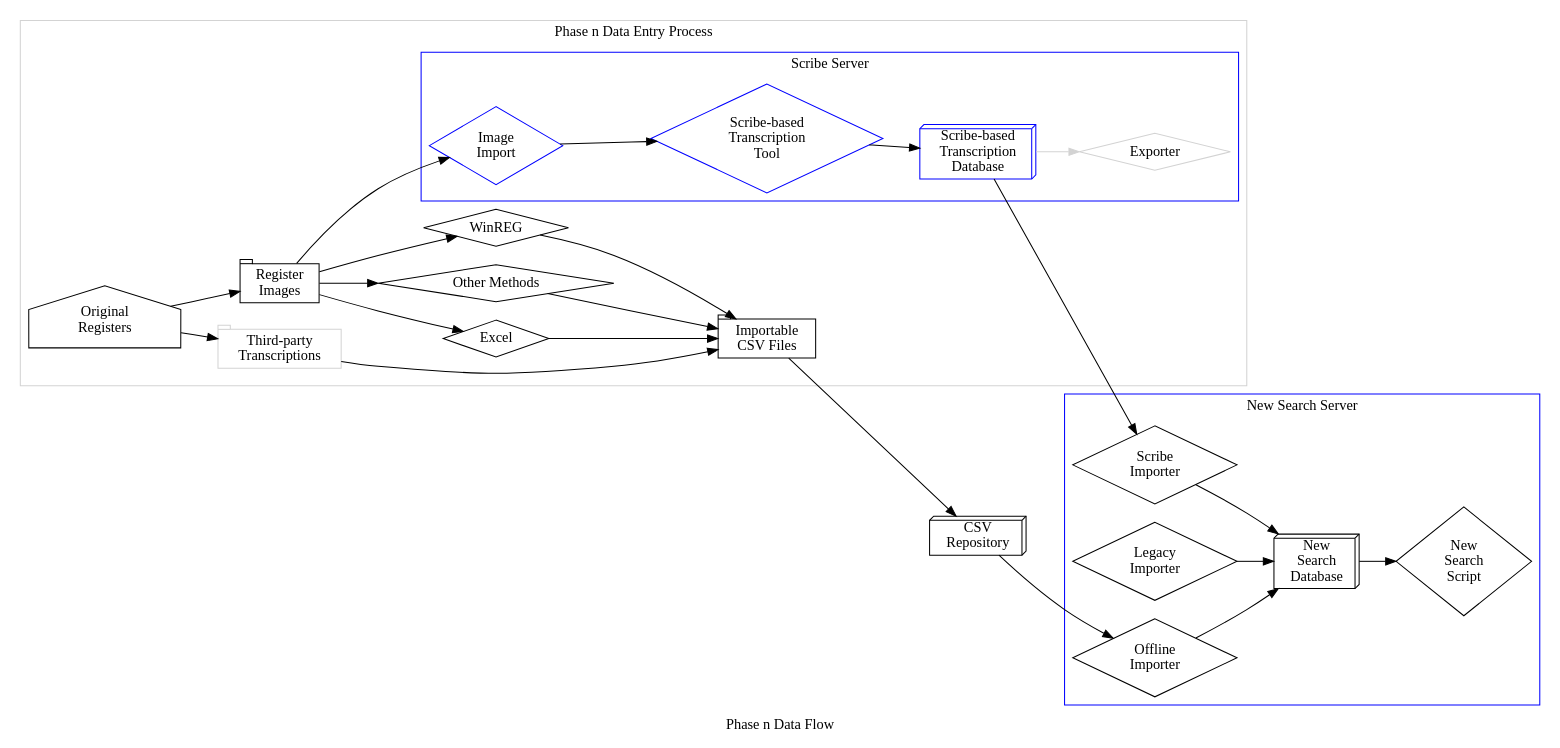
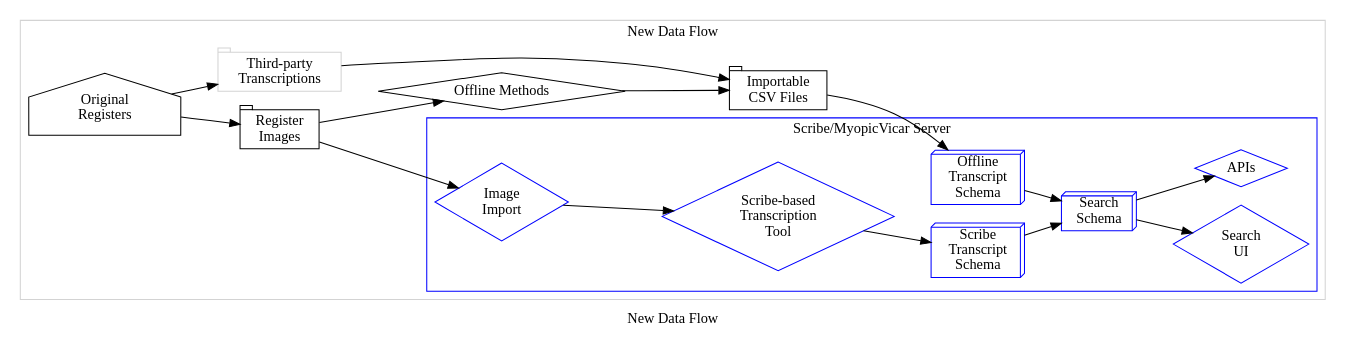
Before and after one commit to FreeUKGen/MyopicVicar: the diagram in doc/design/data_flow/approach/phase3.dot, drawn with Graphviz. The commit also changed 3 other files, not shown here.

Commit message:
Revised diagrams

```diff
--- a/doc/design/data_flow/approach/phase3.dot
+++ b/doc/design/data_flow/approach/phase3.dot
@@ -1,81 +1,53 @@
 digraph G {
-	label="Phase n Data Flow";
+	label="New Data Flow";
 
 	rankdir="LR";
 	subgraph cluster_2 {
 #		style=filled;
 		color=lightgrey;
 #		node [style=filled,color=white];
 
 		registers [label="Original\nRegisters",shape="house"];
 		externaltranscripts [label="Third-party\nTranscriptions",shape="tab",color=lightgrey];
 		registers->externaltranscripts;
 		images [label="Register\nImages",shape="tab"];
 		registers->images;		
 		
-		awinreg [label="WinREG",shape="diamond"];
-		excel [label="Excel",shape="diamond"];
-		other [label="Other Methods",shape="diamond"];
-		images -> awinreg;
-		images -> excel;
+		other [label="Offline Methods",shape="diamond"];
 		images -> other;
 		csvs [label="Importable\nCSV Files",shape="tab"];
-		awinreg -> csvs;
-		excel -> csvs;
 		other -> csvs;
 		externaltranscripts -> csvs;
 
 		subgraph cluster_1 {
 			color=blue;
 			node [color=blue];
 			setup [label="Image\nImport",shape="diamond"]		
 			scribe [label="Scribe-based\nTranscription\nTool",shape="diamond"];
 			setup -> scribe;
-			scribe_db [label="Scribe-based\nTranscription\nDatabase",shape="box3d"];
+			scribe_db [label="Scribe\nTranscript\nSchema",shape="box3d"];
 			scribe -> scribe_db;
-			exporter [label="Exporter",shape="diamond",color=lightgray];
-			scribe_db -> exporter [color=lightgray];
 
-			label="Scribe Server";
+			database2 [label="Search\nSchema",shape="box3d"];
+			search2 [label="Search\nUI",shape="diamond"];
+			apis [label="APIs",shape="diamond"];
+			csv_database [label="Offline\nTranscript\nSchema",shape="box3d"];
+			scribe_db -> database2;
+			csv_database -> database2;
+			database2 -> search2;
+			database2 -> apis;
+
+			label="Scribe/MyopicVicar Server";
 		}
 		images->setup;
+		csvs -> csv_database;
 
 
-		label="Phase n Data Entry Process";
 	}
 	
 
-
-#	subgraph cluster_0 {
-#		color=lightgrey;
-#		importer [label="Importer",shape="diamond",color=lightgray];
-#		database [label="Search\nDatabase",shape="box3d",color=lightgray];
-#		search [label="Search\nScript",shape="diamond",color=lightgray];
-#		importer -> database [color=lightgray];
-#		database -> search [color=lightgray];
-#		label="Current Search Server (private)";
-#	}
-
-	subgraph cluster_3 {
-		color=blue
-		importer2 [label="Scribe\nImporter",shape="diamond"];
-		importer_legacy [label="Legacy\nImporter",shape="diamond"];
-		importer_offline [label="Offline\nImporter",shape="diamond"];
-		database2 [label="New\nSearch\nDatabase",shape="box3d"];
-		search2 [label="New\nSearch\nScript",shape="diamond"];
-		importer2 -> database2;
-		importer_legacy -> database2;
-		importer_offline -> database2;
-		database2 -> search2;
-		label="New Search Server";
-	}
-
-	csvrepository [label="CSV\nRepository",shape="box3d"];
-	scribe_db -> importer2;	
-	csvrepository -> importer_offline;
 #	database -> importer_legacy;
 
-	csvs -> csvrepository;
 
 #	csvs -> importer [color=white];
 }
```
